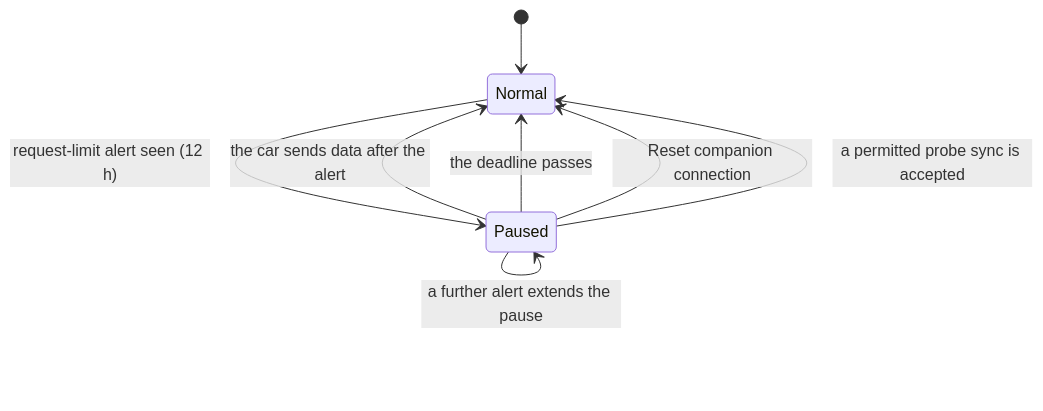
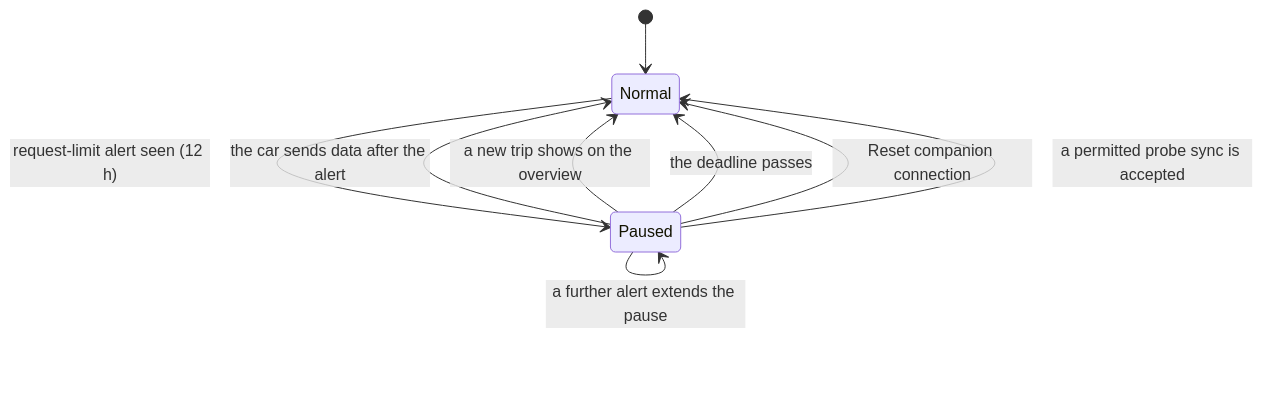
Before and after one commit to gszigethy/vwgroup-connect-ha: the third of 4 diagrams in docs/COMPANION.md, drawn with Mermaid. The commit also changed other lines of this file and 3 other files, not shown here.

````diff
--- a/docs/COMPANION.md
+++ b/docs/COMPANION.md
@@ -499,10 +501,11 @@
 ```mermaid
 stateDiagram-v2
     [*] --> Normal
     Normal --> Paused: request-limit alert seen (12 h)
     Paused --> Paused: a further alert extends the pause
     Paused --> Normal: the car sends data after the alert
+    Paused --> Normal: a new trip shows on the overview
     Paused --> Normal: the deadline passes
     Paused --> Normal: Reset companion connection
     Paused --> Normal: a permitted probe sync is accepted
 ```
````
